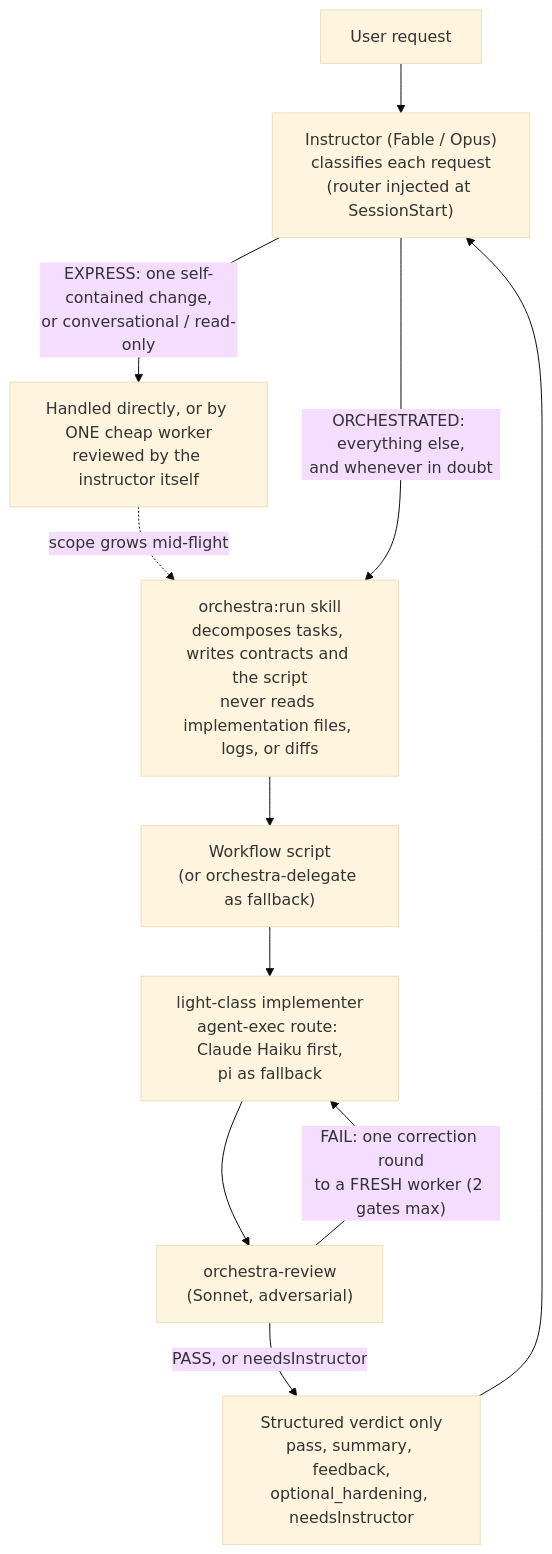
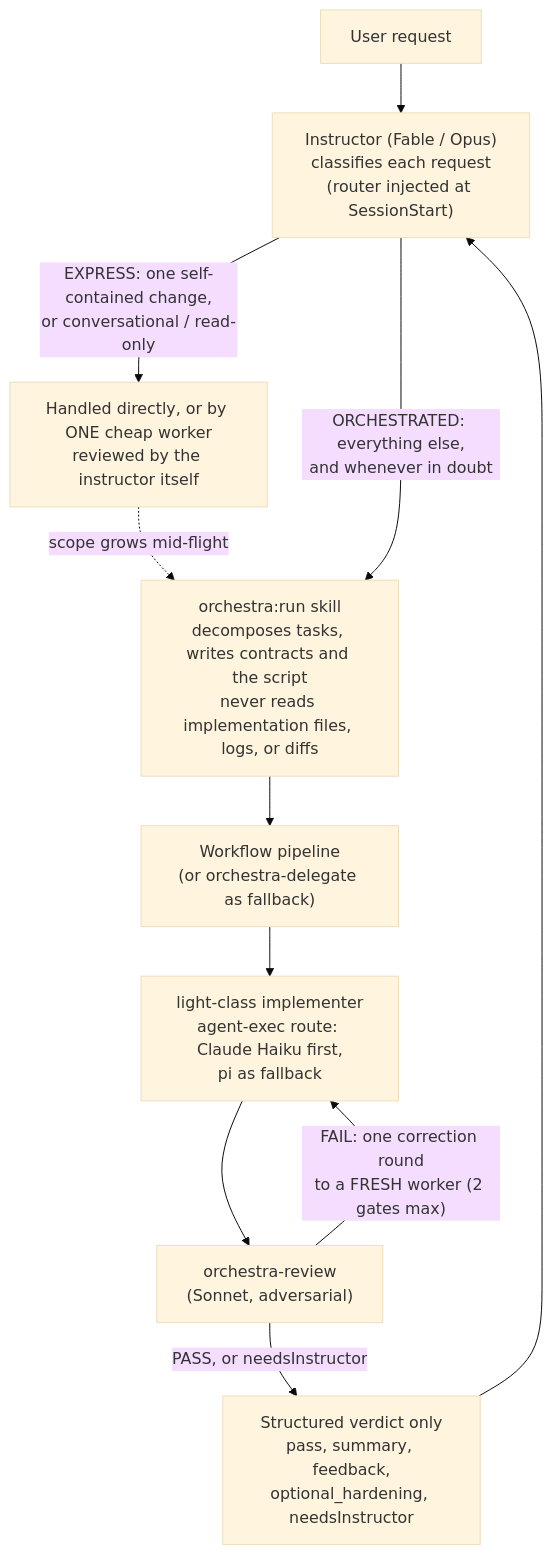
One commit to yacchi/claude-plugins changed the diagram in plugins/orchestra/README.md. Above: the diagram before and after it, drawn with Mermaid (base theme). The commit also changed other lines of this file and 12 other files, not shown here.

````diff
--- a/plugins/orchestra/README.md
+++ b/plugins/orchestra/README.md
@@ -13,13 +13,13 @@
 ```mermaid
 flowchart TD
     U["User request"] --> I["Instructor (Fable / Opus)<br/>classifies each request<br/>(router injected at SessionStart)"]
     I -->|"EXPRESS: one self-contained change,<br/>or conversational / read-only"| E["Handled directly, or by ONE cheap worker<br/>reviewed by the instructor itself"]
     E -.->|"scope grows mid-flight"| O
     I -->|"ORCHESTRATED: everything else,<br/>and whenever in doubt"| O["orchestra:run skill<br/>decomposes tasks, writes contracts and the script<br/>never reads implementation files, logs, or diffs"]
-    O --> W["Workflow script<br/>(or orchestra-delegate as fallback)"]
+    O --> W["Workflow pipeline<br/>(or orchestra-delegate as fallback)"]
     W --> L["light-class implementer<br/>agent-exec route: Claude Haiku first,<br/>pi as fallback"]
     L --> R["orchestra-review<br/>(Sonnet, adversarial)"]
     R -->|"FAIL: one correction round<br/>to a FRESH worker (2 gates max)"| L
     R -->|"PASS, or needsInstructor"| V["Structured verdict only<br/>pass, summary, feedback,<br/>optional_hardening, needsInstructor"]
     V --> I
 ```
````
